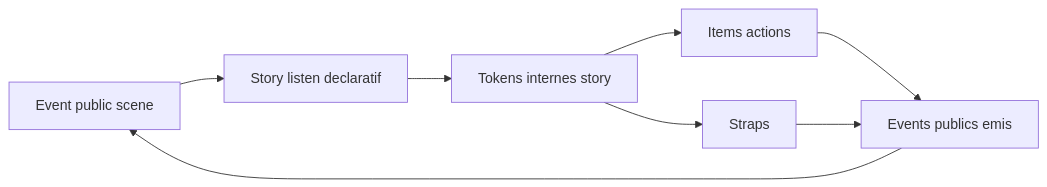
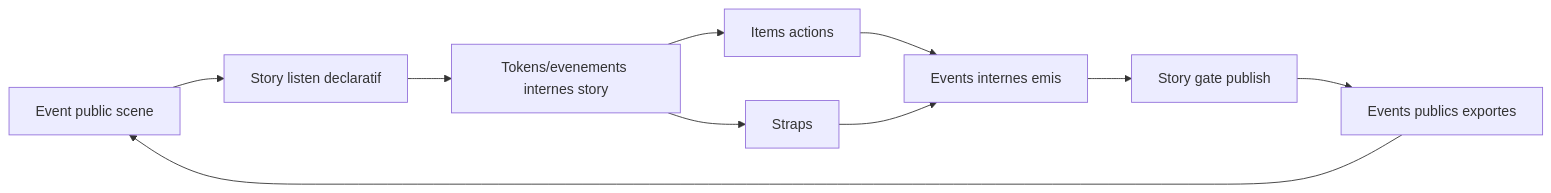
The diagram in evolution/formalisation-modele/02-story-model.md (vitreene/codplay), drawn with Mermaid before and after one commit. The commit also changed other lines of this file and 5 other files, not shown here.

````diff
--- a/evolution/formalisation-modele/02-story-model.md
+++ b/evolution/formalisation-modele/02-story-model.md
@@ -196,10 +276,12 @@
 ```mermaid
 flowchart LR
   PUB[Event public scene] --> L[Story listen declaratif]
-  L --> TOK[Tokens internes story]
+  L --> TOK[Tokens/evenements internes story]
   TOK --> IT[Items actions]
   TOK --> ST[Straps]
-  IT --> EP[Events publics emis]
-  ST --> EP
+  IT --> EI[Events internes emis]
+  ST --> EI
+  EI --> G[Story gate publish]
+  G --> EP[Events publics exportes]
   EP --> PUB
 ```
````
